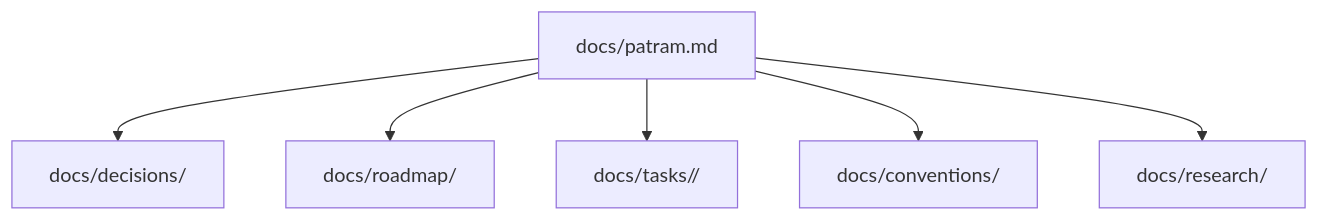
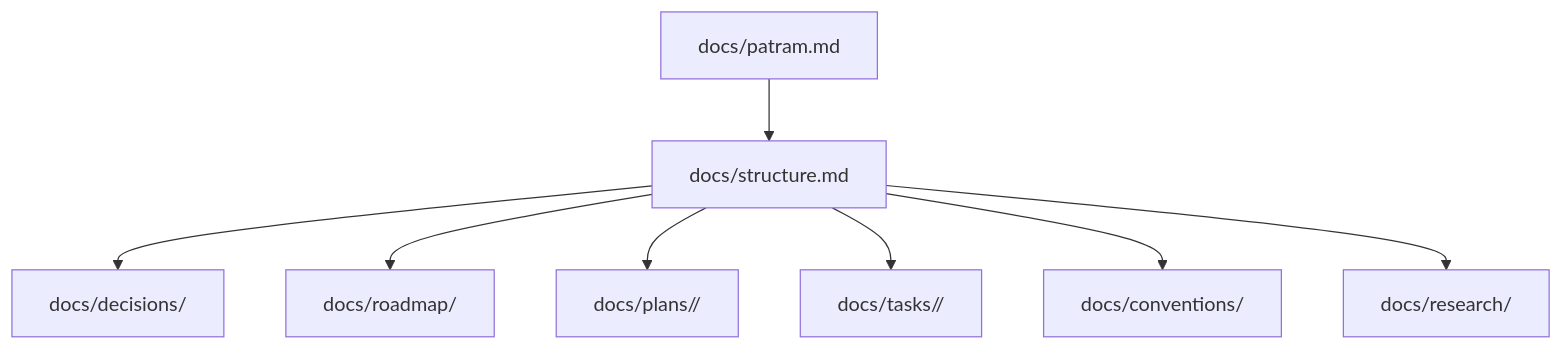
One commit to mantoni/patram changed the diagram in docs/structure.md. Above: the diagram before and after it, drawn with Mermaid. The commit also changed other lines of this file and 31 other files, not shown here.

Commit message:
Clarify plan and roadmap docs

````diff
--- a/docs/structure.md
+++ b/docs/structure.md
@@ -20,15 +25,19 @@
 ```mermaid
 graph TD
   A["docs/patram.md"]
-  B["docs/decisions/"]
-  C["docs/roadmap/"]
-  D["docs/tasks/<version>/"]
-  E["docs/conventions/"]
-  F["docs/research/"]
+  B["docs/structure.md"]
+  C["docs/decisions/"]
+  D["docs/roadmap/"]
+  E["docs/plans/<version>/"]
+  F["docs/tasks/<version>/"]
+  G["docs/conventions/"]
+  H["docs/research/"]
 
   A --> B
-  A --> C
-  A --> D
-  A --> E
-  A --> F
+  B --> C
+  B --> D
+  B --> E
+  B --> F
+  B --> G
+  B --> H
 ```
````
